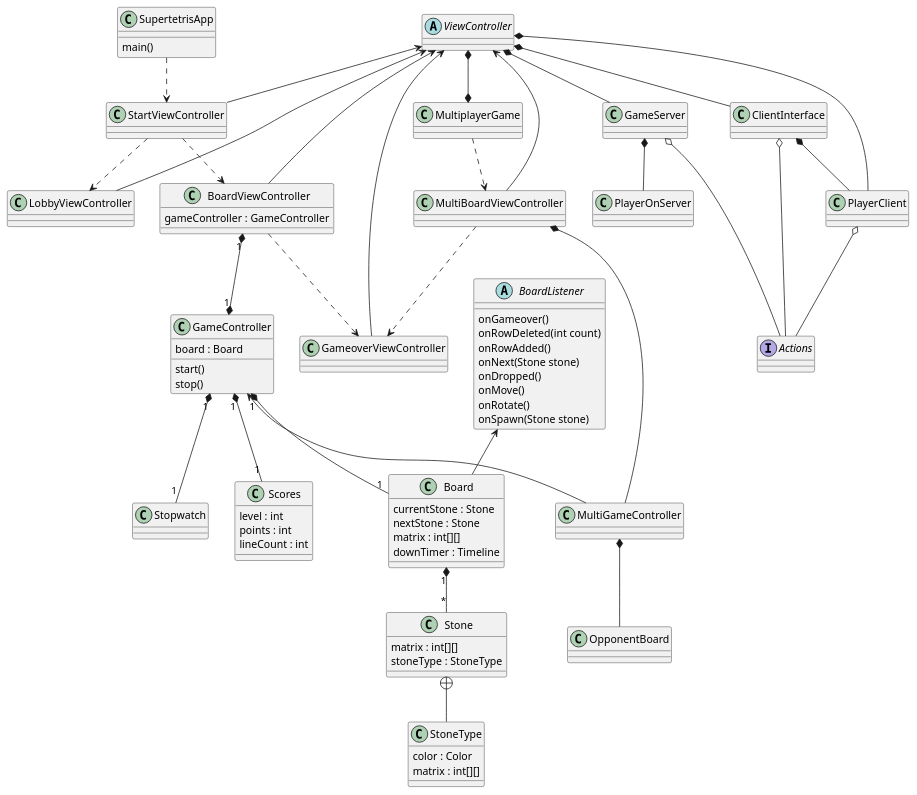
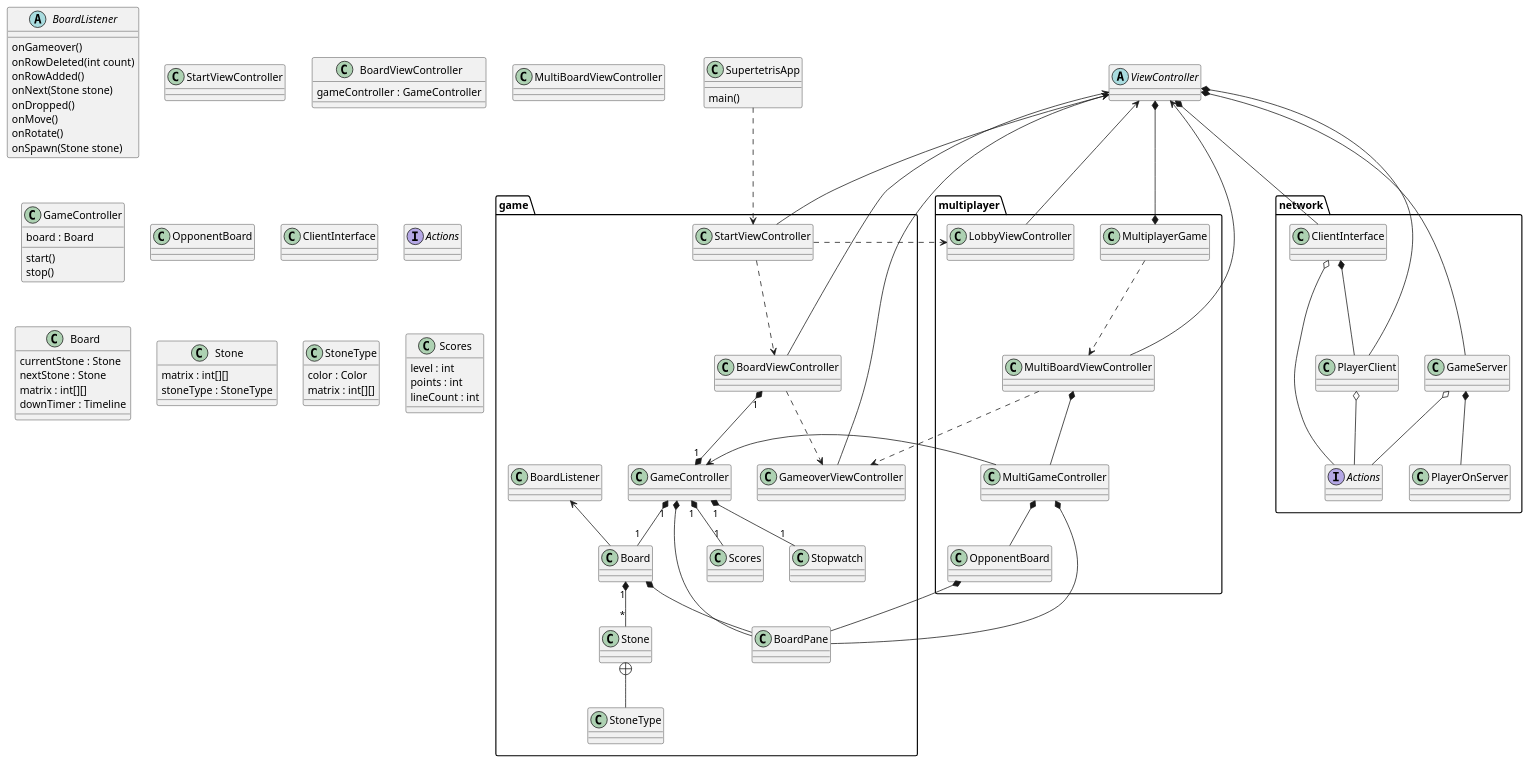
Before and after one commit to ponchofiesta/supertetris: the diagram in doc/Klassendiagramm.puml, drawn with PlantUML.

Commit message:
updated UML with packages

```diff
--- a/doc/Klassendiagramm.puml
+++ b/doc/Klassendiagramm.puml
@@ -1,106 +1,142 @@
 @startuml
 skinparam classAttributeIconSize 0
+
+package network {
+    interface Actions
+    class ClientInterface
+    class GameServer
+    class PlayerClient
+    class PlayerOnServer
+}
+
+package game {
+    class Board
+    class BoardListener
+    class BoardPane
+    class BoardViewController
+    class GameController
+    class GameoverViewController
+    class Scores
+    class StartViewController
+    class Stone
+    class StoneType
+    class Stopwatch
+}
+
+package multiplayer {
+    class MultiBoardViewController
+    class MultiGameController
+    class MultiplayerGame
+    class LobbyViewController
+    class OpponentBoard
+}
 
 SupertetrisApp ..> StartViewController
 StartViewController ..> BoardViewController
 StartViewController ..> LobbyViewController
 BoardViewController "1" *--* "1" GameController
 GameController "1" *-- "1" Board
 GameController "1" *-- "1" Stopwatch
 GameController "1" *-- "1" Scores
 BoardListener <-- Board
 Board "1" *-- "*" Stone
+Board *-- BoardPane
 GameController <-- MultiGameController
+GameController *-- BoardPane
 BoardViewController ..> GameoverViewController
 MultiBoardViewController ..> GameoverViewController
 MultiBoardViewController *-- MultiGameController
 MultiGameController *-- OpponentBoard
+MultiGameController  *-- BoardPane
 MultiplayerGame ..> MultiBoardViewController
+OpponentBoard  *-- BoardPane
 
 ViewController <-- StartViewController
 ViewController <-- BoardViewController
 ViewController <-- MultiBoardViewController
 ViewController <-- LobbyViewController
 ViewController <-- GameoverViewController
 
 ViewController *-- GameServer
 ViewController *-- PlayerClient
 ViewController *-- ClientInterface
 ViewController *--* MultiplayerGame
 
 ClientInterface *-- PlayerClient
 ClientInterface o-- Actions
 GameServer o-- Actions
 PlayerClient o-- Actions
 
 GameServer *-- PlayerOnServer
 
 Stone +-- StoneType
 
 class SupertetrisApp {
     main()
 }
 
 abstract class ViewController {
 }
 
 abstract class BoardListener {
     onGameover()
     onRowDeleted(int count)
     onRowAdded()
     onNext(Stone stone)
     onDropped()
     onMove()
     onRotate()
     onSpawn(Stone stone)
 }
 
 class StartViewController {
 }
 
 class BoardViewController {
     gameController : GameController
 }
 
 class MultiBoardViewController {
 }
 
 class GameController {
     board : Board
     start()
     stop()
 }
 
 class OpponentBoard {
 }
 
 class ClientInterface {
 }
 
 interface Actions {
 }
 
 class Board {
     currentStone : Stone
     nextStone : Stone
     matrix : int[][]
     downTimer : Timeline
 }
 
 class Stone {
     matrix : int[][]
     stoneType : StoneType
 }
 
 class StoneType {
     color : Color
     matrix : int[][]
 }
 
 class Scores {
     level : int
     points : int
     lineCount : int
 }
 
+
+
 @enduml
```
